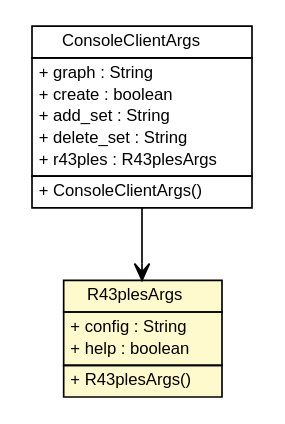
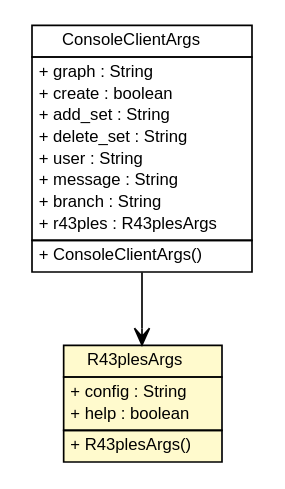
One commit to markusgraube/r43ples changed the diagram in site/apidocs/de/tud/plt/r43ples/client/R43plesArgs.dot. Above: the diagram before and after it, drawn with Graphviz. The commit also changed 289 other files, not shown here.

```diff
--- a/site/apidocs/de/tud/plt/r43ples/client/R43plesArgs.dot
+++ b/site/apidocs/de/tud/plt/r43ples/client/R43plesArgs.dot
@@ -1,43 +1,46 @@
 #!/usr/local/bin/dot
 #
 # Class diagram 
 # Generated by UMLGraph version R5_6-24-gf6e263 (http://www.umlgraph.org/)
 #
 
 digraph G {
 	edge [fontname="Helvetica",fontsize=10,labelfontname="Helvetica",labelfontsize=10];
 	node [fontname="Helvetica",fontsize=10,shape=plaintext];
 	nodesep=0.25;
 	ranksep=0.5;
 	// de.tud.plt.r43ples.client.ConsoleClientArgs
-	c1279 [label=<<table title="de.tud.plt.r43ples.client.ConsoleClientArgs" border="0" cellborder="1" cellspacing="0" cellpadding="2" port="p" href="./ConsoleClientArgs.html">
+	c1327 [label=<<table title="de.tud.plt.r43ples.client.ConsoleClientArgs" border="0" cellborder="1" cellspacing="0" cellpadding="2" port="p" href="./ConsoleClientArgs.html">
 		<tr><td><table border="0" cellspacing="0" cellpadding="1">
 <tr><td align="center" balign="center"> ConsoleClientArgs </td></tr>
 		</table></td></tr>
 		<tr><td><table border="0" cellspacing="0" cellpadding="1">
 <tr><td align="left" balign="left"> + graph : String </td></tr>
 <tr><td align="left" balign="left"> + create : boolean </td></tr>
 <tr><td align="left" balign="left"> + add_set : String </td></tr>
 <tr><td align="left" balign="left"> + delete_set : String </td></tr>
+<tr><td align="left" balign="left"> + user : String </td></tr>
+<tr><td align="left" balign="left"> + message : String </td></tr>
+<tr><td align="left" balign="left"> + branch : String </td></tr>
 <tr><td align="left" balign="left"> + r43ples : R43plesArgs </td></tr>
 		</table></td></tr>
 		<tr><td><table border="0" cellspacing="0" cellpadding="1">
 <tr><td align="left" balign="left"> + ConsoleClientArgs() </td></tr>
 		</table></td></tr>
 		</table>>, URL="./ConsoleClientArgs.html", fontname="Helvetica", fontcolor="black", fontsize=10.0];
 	// de.tud.plt.r43ples.client.R43plesArgs
-	c1284 [label=<<table title="de.tud.plt.r43ples.client.R43plesArgs" border="0" cellborder="1" cellspacing="0" cellpadding="2" port="p" bgcolor="lemonChiffon" href="./R43plesArgs.html">
+	c1332 [label=<<table title="de.tud.plt.r43ples.client.R43plesArgs" border="0" cellborder="1" cellspacing="0" cellpadding="2" port="p" bgcolor="lemonChiffon" href="./R43plesArgs.html">
 		<tr><td><table border="0" cellspacing="0" cellpadding="1">
 <tr><td align="center" balign="center"> R43plesArgs </td></tr>
 		</table></td></tr>
 		<tr><td><table border="0" cellspacing="0" cellpadding="1">
 <tr><td align="left" balign="left"> + config : String </td></tr>
 <tr><td align="left" balign="left"> + help : boolean </td></tr>
 		</table></td></tr>
 		<tr><td><table border="0" cellspacing="0" cellpadding="1">
 <tr><td align="left" balign="left"> + R43plesArgs() </td></tr>
 		</table></td></tr>
 		</table>>, URL="./R43plesArgs.html", fontname="Helvetica", fontcolor="black", fontsize=10.0];
 	// de.tud.plt.r43ples.client.ConsoleClientArgs NAVASSOC de.tud.plt.r43ples.client.R43plesArgs
-	c1279:p -> c1284:p [taillabel="", label="", headlabel="", fontname="Helvetica", fontcolor="black", fontsize=10.0, color="black", arrowhead=open];
+	c1327:p -> c1332:p [taillabel="", label="", headlabel="", fontname="Helvetica", fontcolor="black", fontsize=10.0, color="black", arrowhead=open];
 }
```
